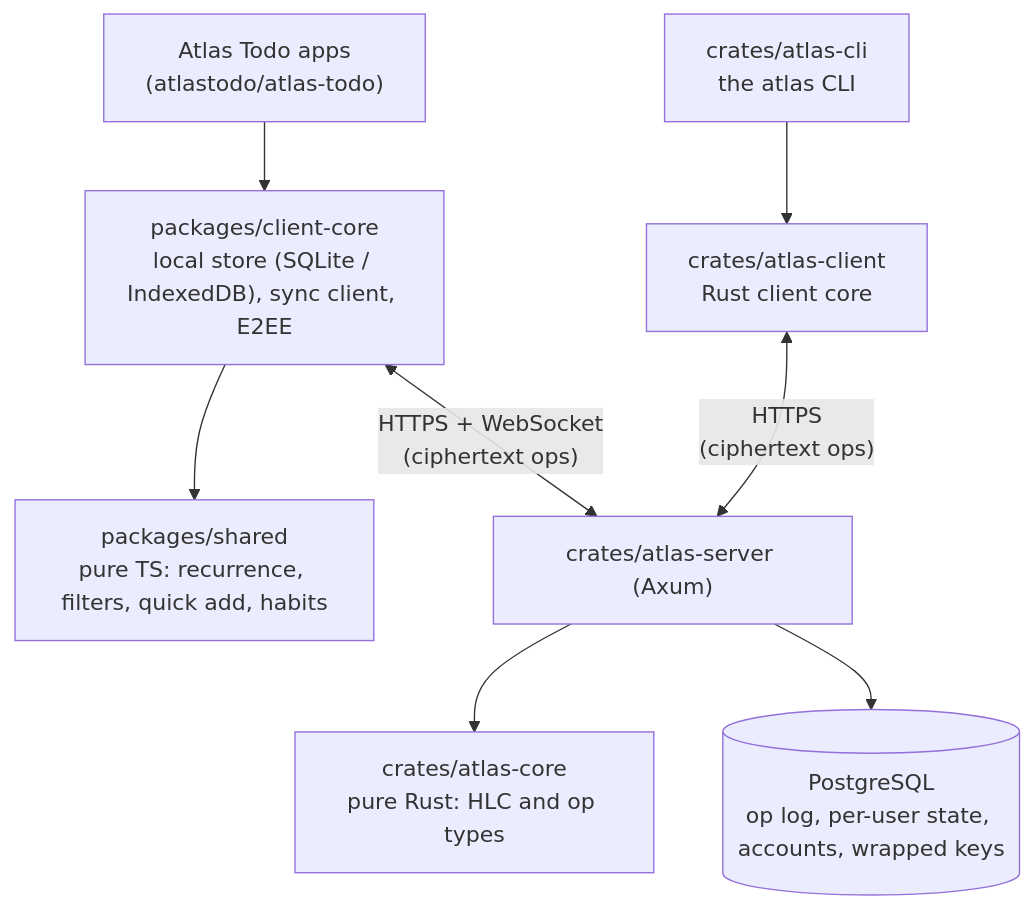
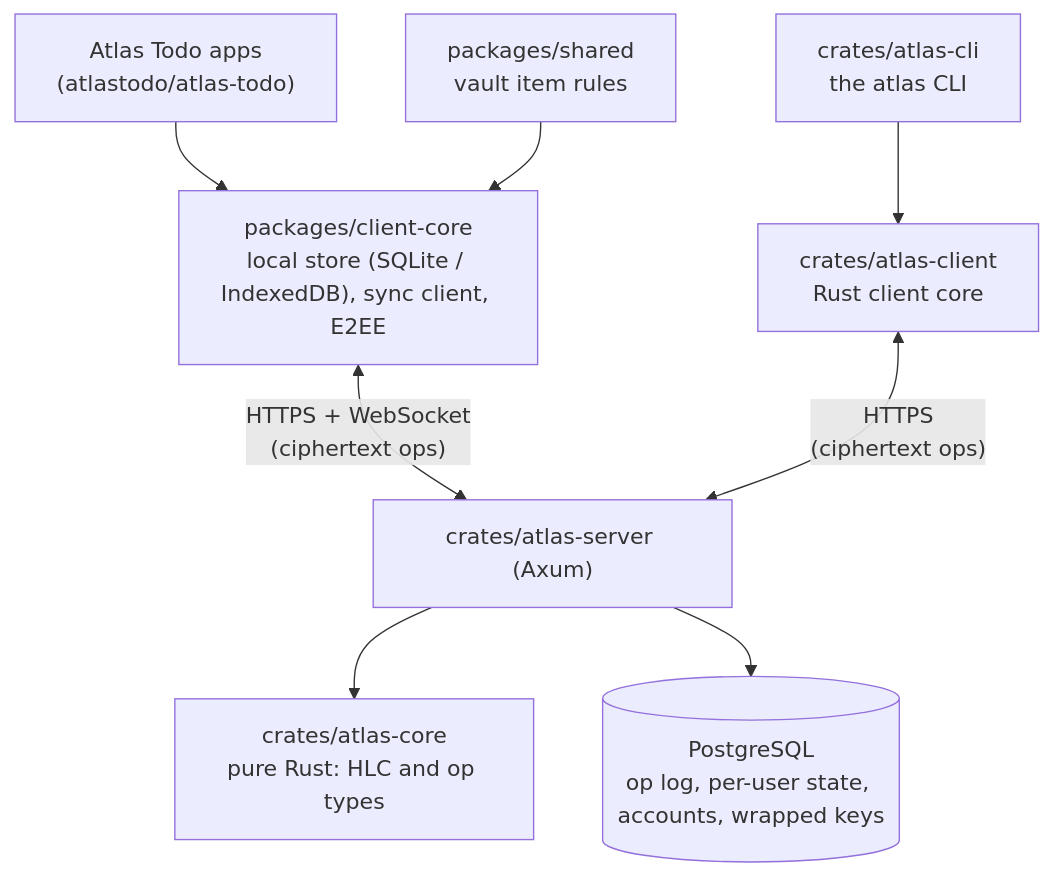
The diagram in README.md (atlastodo/atlas), drawn with Mermaid before and after one commit. The commit also changed other lines of this file and 191 other files, not shown here.

````diff
--- a/README.md
+++ b/README.md
@@ -42,19 +42,19 @@
 ```mermaid
 flowchart TB
   apps["Atlas Todo apps<br/>(atlastodo/atlas-todo)"]
   cli["crates/atlas-cli<br/>the atlas CLI"]
   core["packages/client-core<br/>local store (SQLite / IndexedDB), sync client, E2EE"]
-  shared["packages/shared<br/>pure TS: recurrence, filters, quick add, habits"]
+  shared["packages/shared<br/>vault item rules"]
   rclient["crates/atlas-client<br/>Rust client core"]
   server["crates/atlas-server (Axum)"]
   atlascore["crates/atlas-core<br/>pure Rust: HLC and op types"]
   db[("PostgreSQL<br/>op log, per-user state, accounts, wrapped keys")]
 
   apps --> core
-  core --> shared
+  shared --> core
   cli --> rclient
   core <-->|"HTTPS + WebSocket<br/>(ciphertext ops)"| server
   rclient <-->|"HTTPS<br/>(ciphertext ops)"| server
   server --> atlascore
   server --> db
 ```
````
